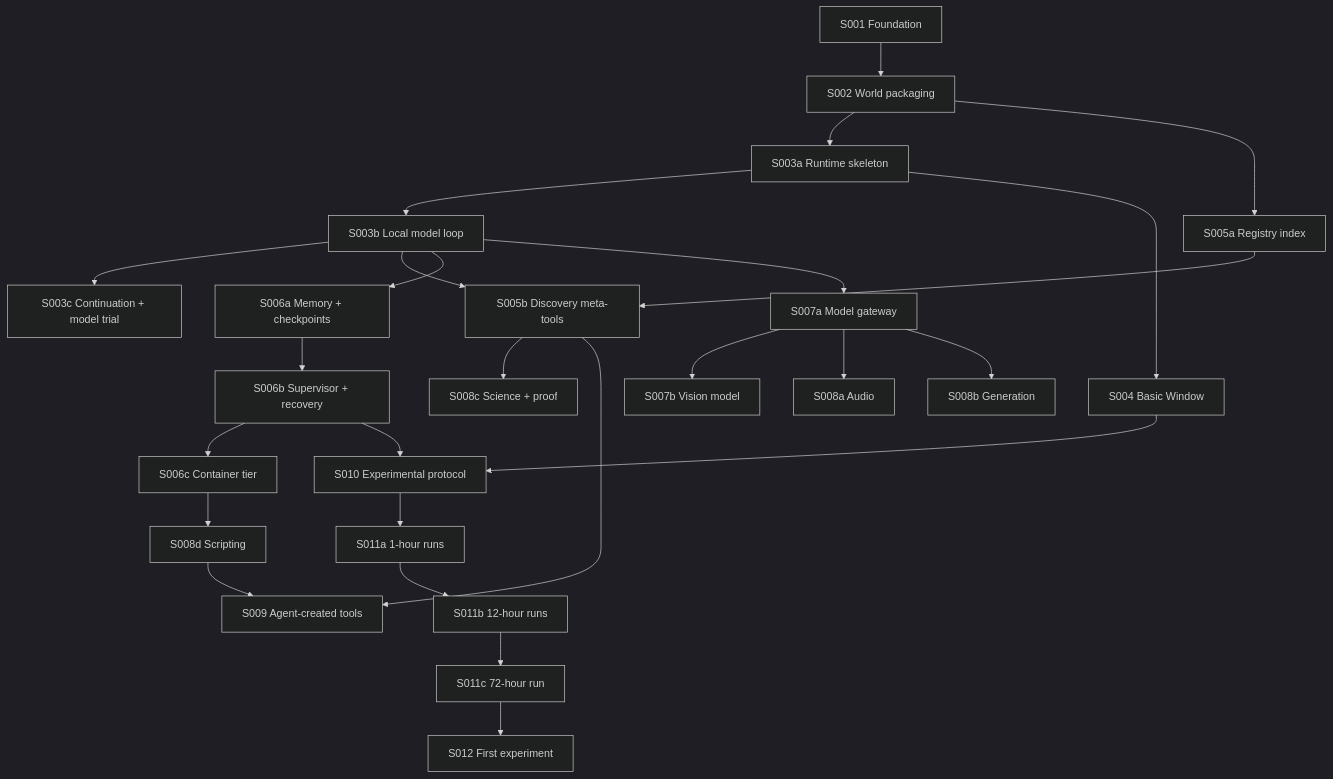
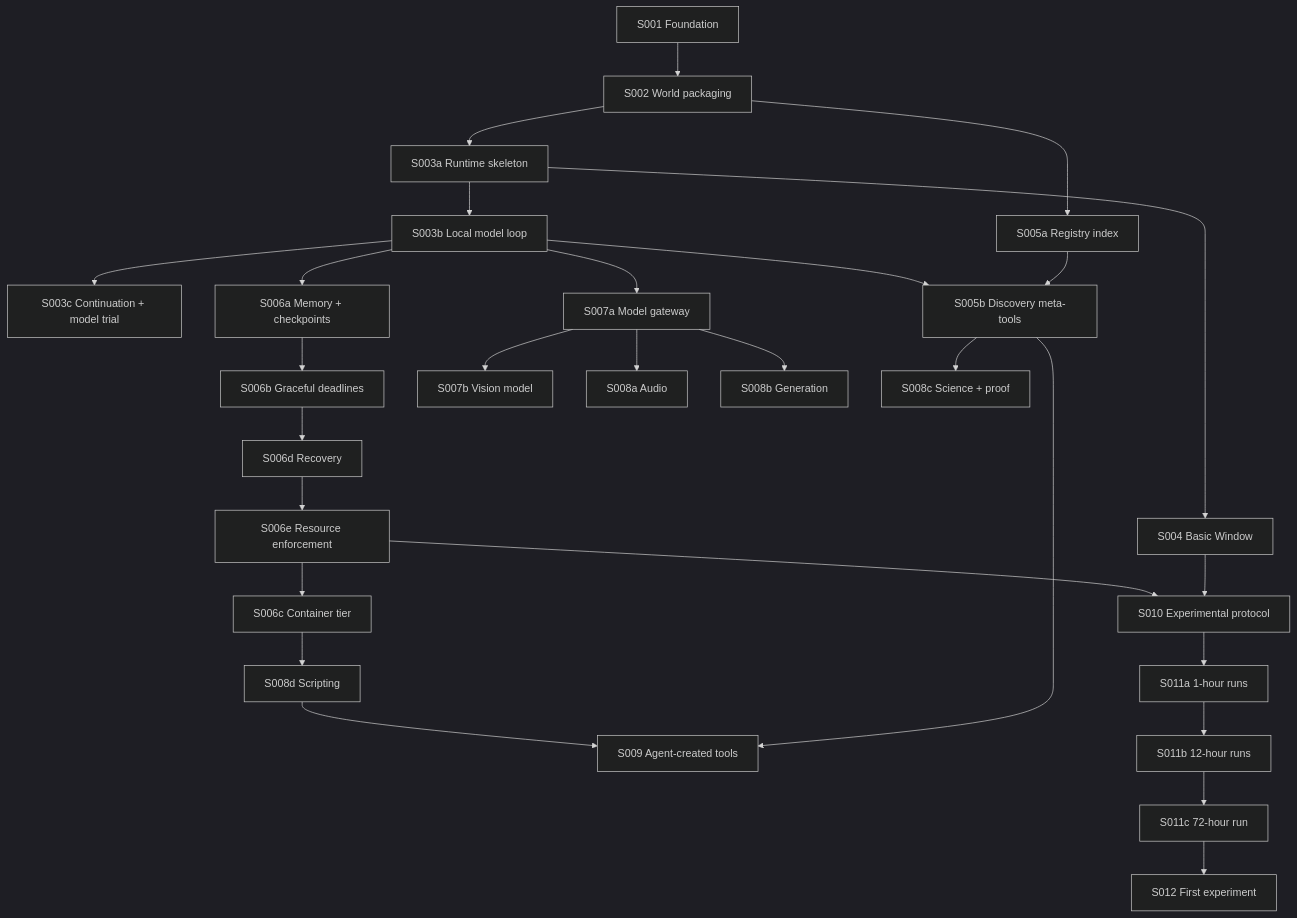
One commit to jfairfaxball-348/open-lab-builder changed the diagram in docs/roadmap/ROADMAP.md. Above: the diagram before and after it, drawn with Mermaid (dark theme). The commit also changed other lines of this file and 9 other files, not shown here.

Commit message:
S006b: record graceful deadline validation and split supervisor roadmap

````diff
--- a/docs/roadmap/ROADMAP.md
+++ b/docs/roadmap/ROADMAP.md
@@ -19,28 +19,30 @@
 ```mermaid
 flowchart TD
     S001["S001 Foundation"] --> S002["S002 World packaging"]
     S002 --> S003a["S003a Runtime skeleton"]
     S003a --> S003b["S003b Local model loop"]
     S003a --> S004["S004 Basic Window"]
     S003b --> S003c["S003c Continuation + model trial"]
     S002 --> S005a["S005a Registry index"]
     S003b --> S005b["S005b Discovery meta-tools"]
     S005a --> S005b
     S003b --> S006a["S006a Memory + checkpoints"]
-    S006a --> S006b["S006b Supervisor + recovery"]
-    S006b --> S006c["S006c Container tier"]
+    S006a --> S006b["S006b Graceful deadlines"]
+    S006b --> S006d["S006d Recovery"]
+    S006d --> S006e["S006e Resource enforcement"]
+    S006e --> S006c["S006c Container tier"]
     S003b --> S007a["S007a Model gateway"]
     S007a --> S007b["S007b Vision model"]
     S007a --> S008a["S008a Audio"]
     S007a --> S008b["S008b Generation"]
     S005b --> S008c["S008c Science + proof"]
     S006c --> S008d["S008d Scripting"]
     S008d --> S009["S009 Agent-created tools"]
     S005b --> S009
-    S006b --> S010["S010 Experimental protocol"]
+    S006e --> S010["S010 Experimental protocol"]
     S004 --> S010
     S010 --> S011a["S011a 1-hour runs"]
     S011a --> S011b["S011b 12-hour runs"]
     S011b --> S011c["S011c 72-hour run"]
     S011c --> S012["S012 First experiment"]
 ```
````
